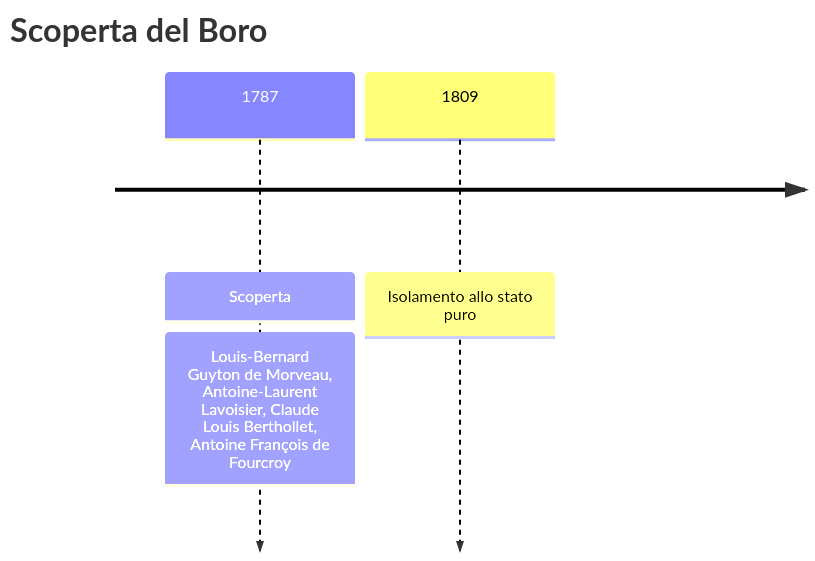
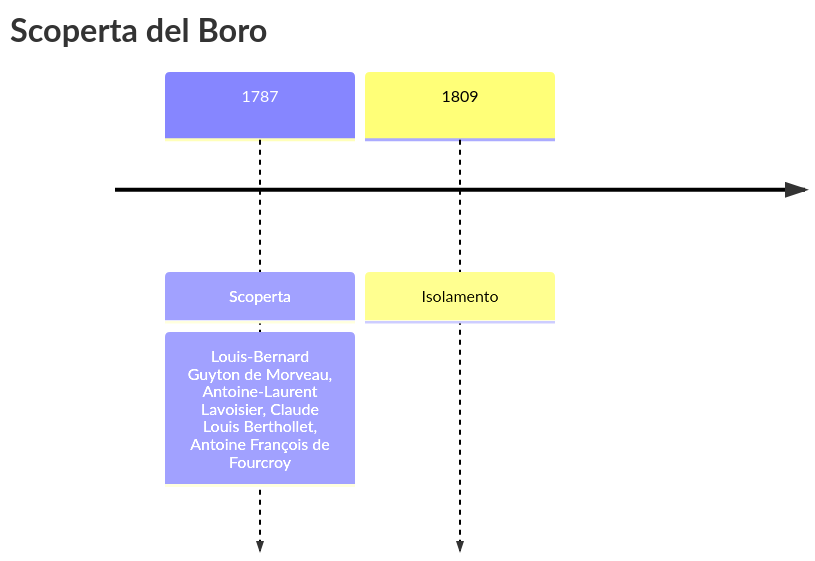
Before and after one commit to gianlucaciarcelluti/elements-caos: the first of 3 diagrams in vault/Elementi/Boro.md, drawn with Mermaid. The commit also changed 56 other files, not shown here.

````diff
--- a/vault/Elementi/Boro.md
+++ b/vault/Elementi/Boro.md
@@ -28,6 +28,6 @@
 ```mermaid
 timeline
     title Scoperta del Boro
     1787 : Scoperta : Louis-Bernard Guyton de Morveau, Antoine-Laurent Lavoisier, Claude Louis Berthollet, Antoine François de Fourcroy
-    1809 : Isolamento allo stato puro
+    1809 : Isolamento
 ```
````
